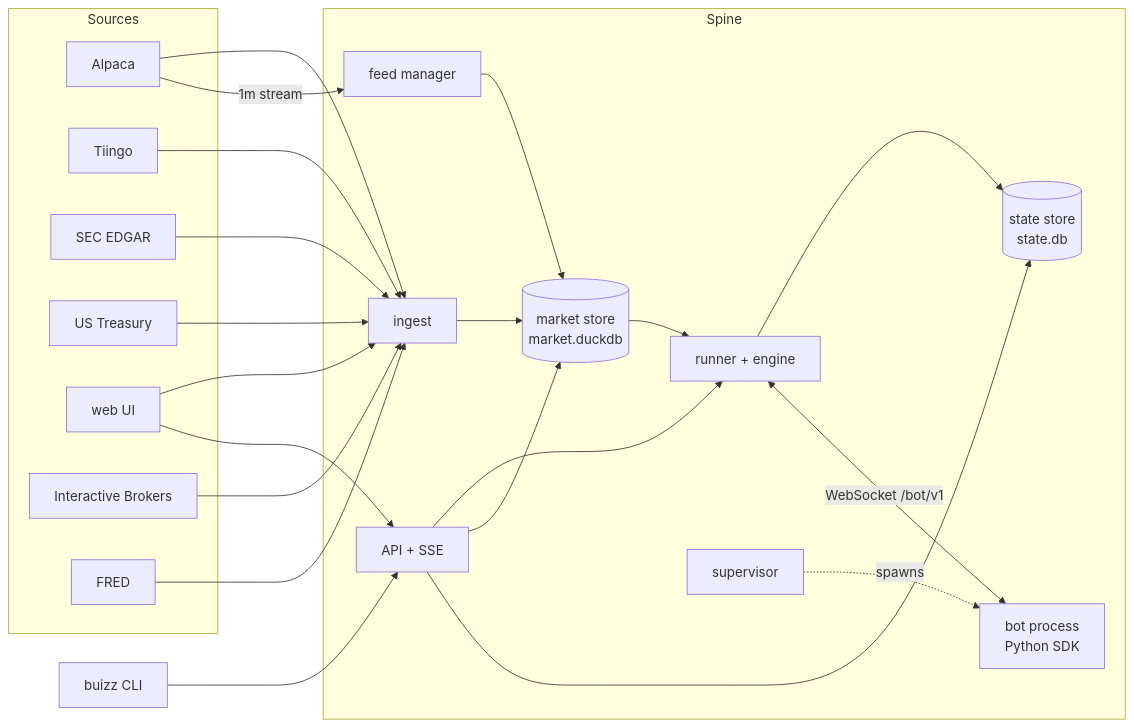
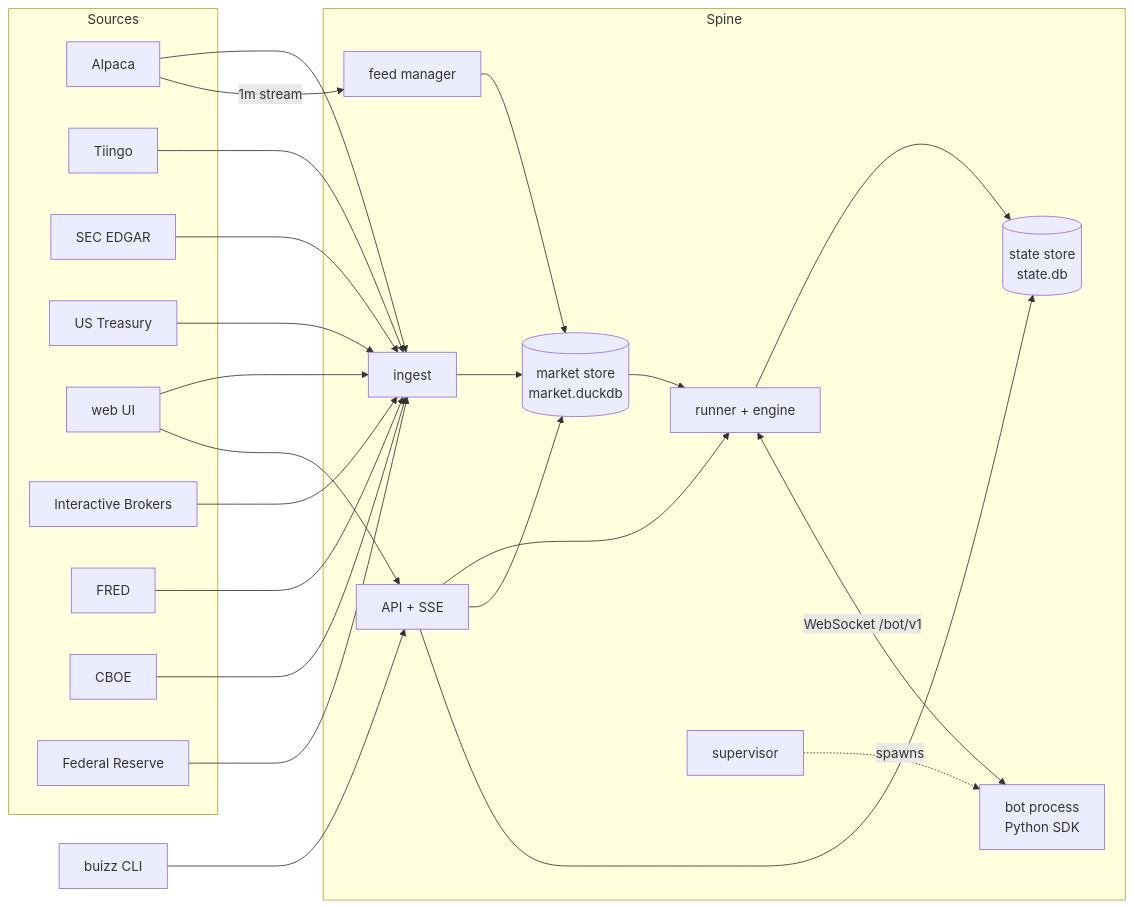
The diagram in docs/architecture.md (mikaelhug/Buizz), drawn with Mermaid before and after one commit. The commit also changed other lines of this file and 50 other files, not shown here.

````diff
--- a/docs/architecture.md
+++ b/docs/architecture.md
@@ -5,33 +5,37 @@
 ```mermaid
 flowchart LR
     subgraph Sources
         A[Alpaca]
         T[Tiingo]
         E[SEC EDGAR]
         R[US Treasury]
         W[Wikipedia]
         K[Interactive Brokers]
         FR[FRED]
+        CB[CBOE]
+        FED[Federal Reserve]
     end
     subgraph Spine
         I[ingest] --> M[(market store<br/>market.duckdb)]
         F[feed manager] --> M
         M --> RU[runner + engine]
         RU --> S[(state store<br/>state.db)]
         SU[supervisor] -. spawns .-> B
         API[API + SSE] --> RU
         API --> M
         API --> S
     end
     A --> I
     T --> I
     E --> I
     R --> I
     W --> I
     K --> I
     FR --> I
+    CB --> I
+    FED --> I
     A -- 1m stream --> F
     RU <-- "WebSocket /bot/v1" --> B[bot process<br/>Python SDK]
     W[web UI] --> API
     C[buizz CLI] --> API
 ```
````
